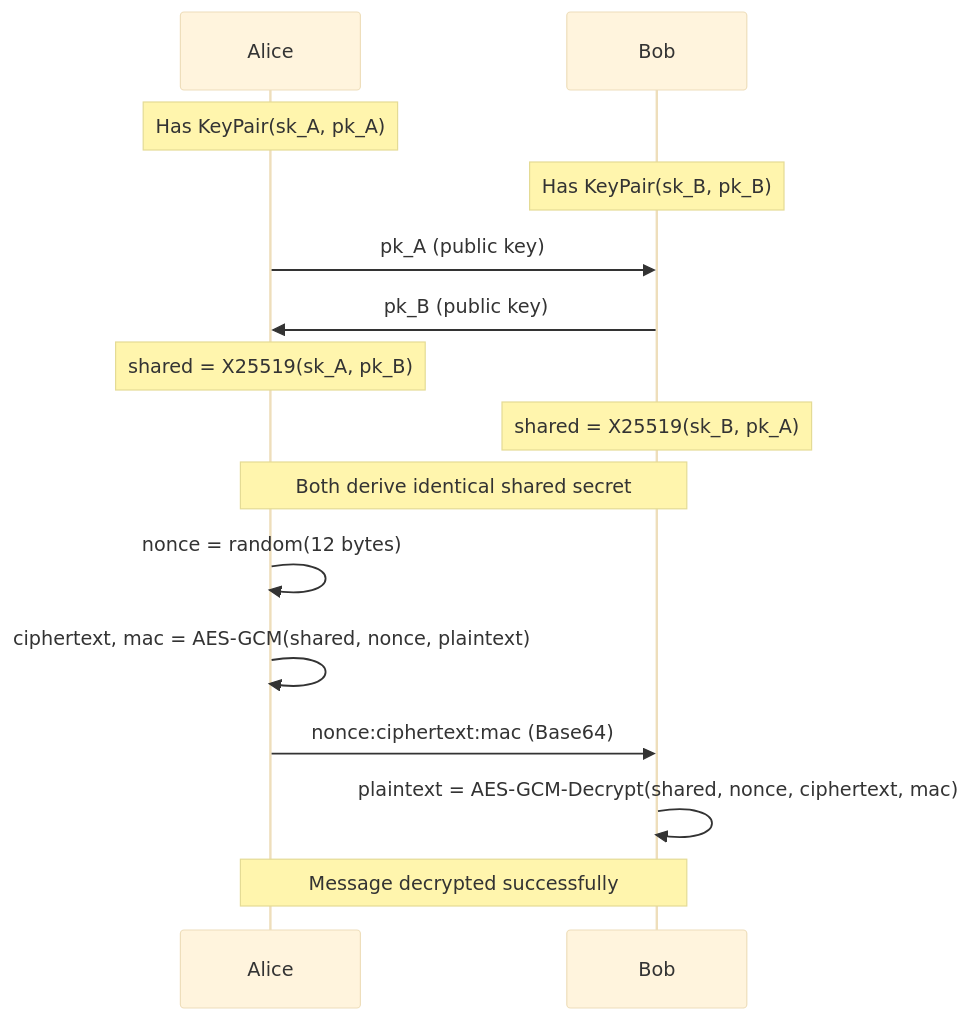
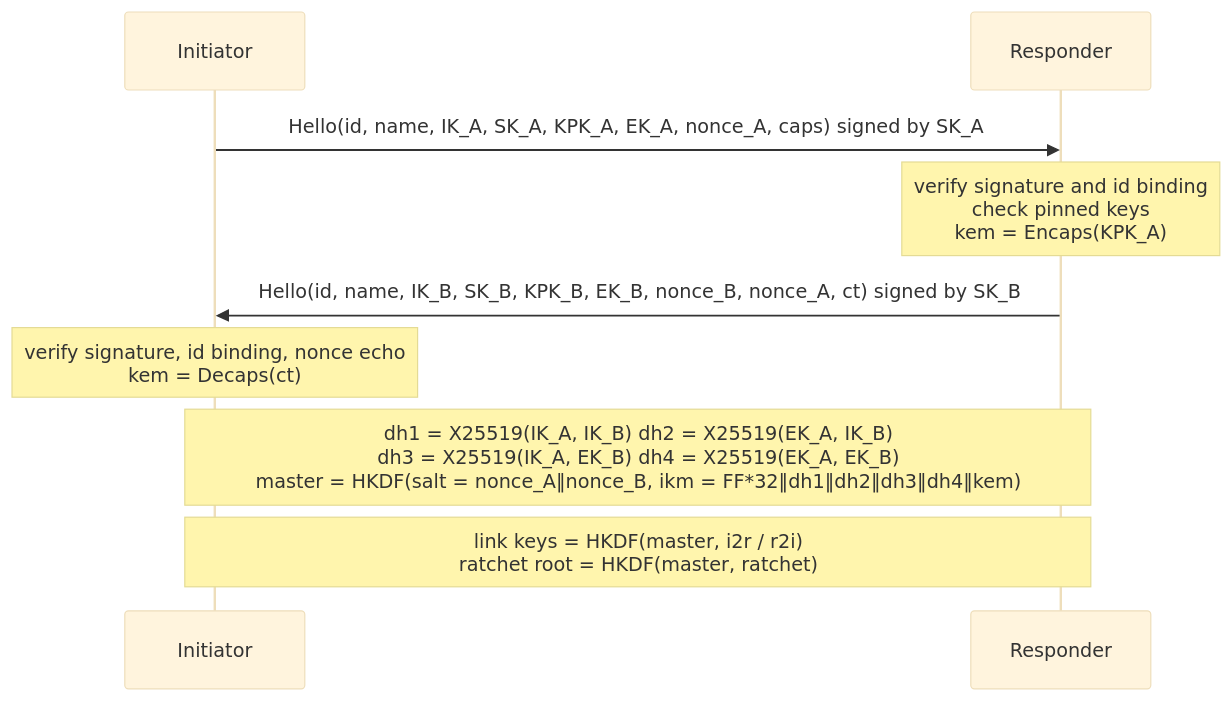
The second of 2 diagrams in README.md (harshitt13/NyxChat), drawn with Mermaid (base theme) before and after one commit. The commit also changed other lines of this file and 86 other files, not shown here.

````diff
--- a/README.md
+++ b/README.md
@@ -497,23 +100,11 @@
 ```mermaid
 sequenceDiagram
-    participant A as Alice
-    participant B as Bob
-
-    Note over A: Has KeyPair(sk_A, pk_A)
-    Note over B: Has KeyPair(sk_B, pk_B)
-
-    A->>B: pk_A (public key)
-    B->>A: pk_B (public key)
-
-    Note over A: shared = X25519(sk_A, pk_B)
-    Note over B: shared = X25519(sk_B, pk_A)
-    Note over A,B: Both derive identical shared secret
-
-    A->>A: nonce = random(12 bytes)
-    A->>A: ciphertext, mac = AES-GCM(shared, nonce, plaintext)
-    A->>B: nonce:ciphertext:mac (Base64)
-
-    B->>B: plaintext = AES-GCM-Decrypt(shared, nonce, ciphertext, mac)
-
-    Note over A,B: Message decrypted successfully
+    participant A as Initiator
+    participant B as Responder
+    A->>B: Hello(id, name, IK_A, SK_A, KPK_A, EK_A, nonce_A, caps) signed by SK_A
+    Note over B: verify signature and id binding<br/>check pinned keys<br/>kem = Encaps(KPK_A)
+    B->>A: Hello(id, name, IK_B, SK_B, KPK_B, EK_B, nonce_B, nonce_A, ct) signed by SK_B
+    Note over A: verify signature, id binding, nonce echo<br/>kem = Decaps(ct)
+    Note over A,B: dh1 = X25519(IK_A, IK_B)  dh2 = X25519(EK_A, IK_B)<br/>dh3 = X25519(IK_A, EK_B)  dh4 = X25519(EK_A, EK_B)<br/>master = HKDF(salt = nonce_A‖nonce_B, ikm = FF*32‖dh1‖dh2‖dh3‖dh4‖kem)
+    Note over A,B: link keys = HKDF(master, i2r / r2i)<br/>ratchet root = HKDF(master, ratchet)
 ```
````
